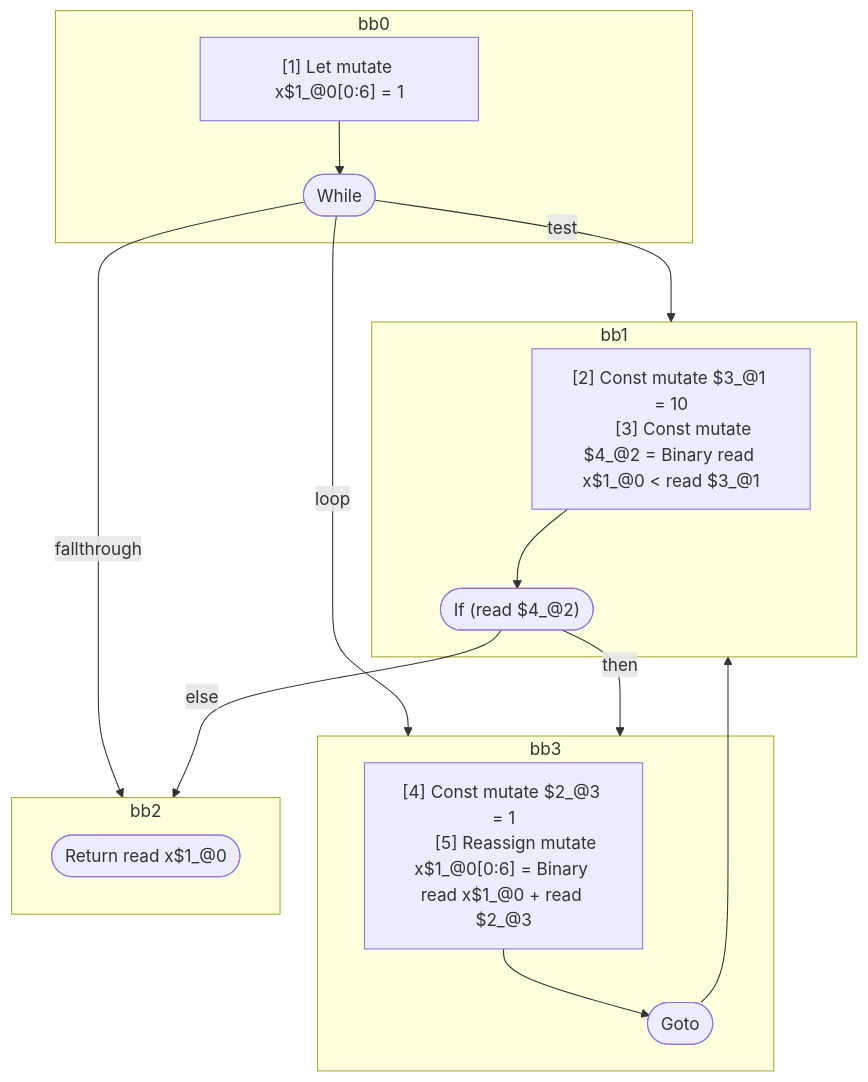
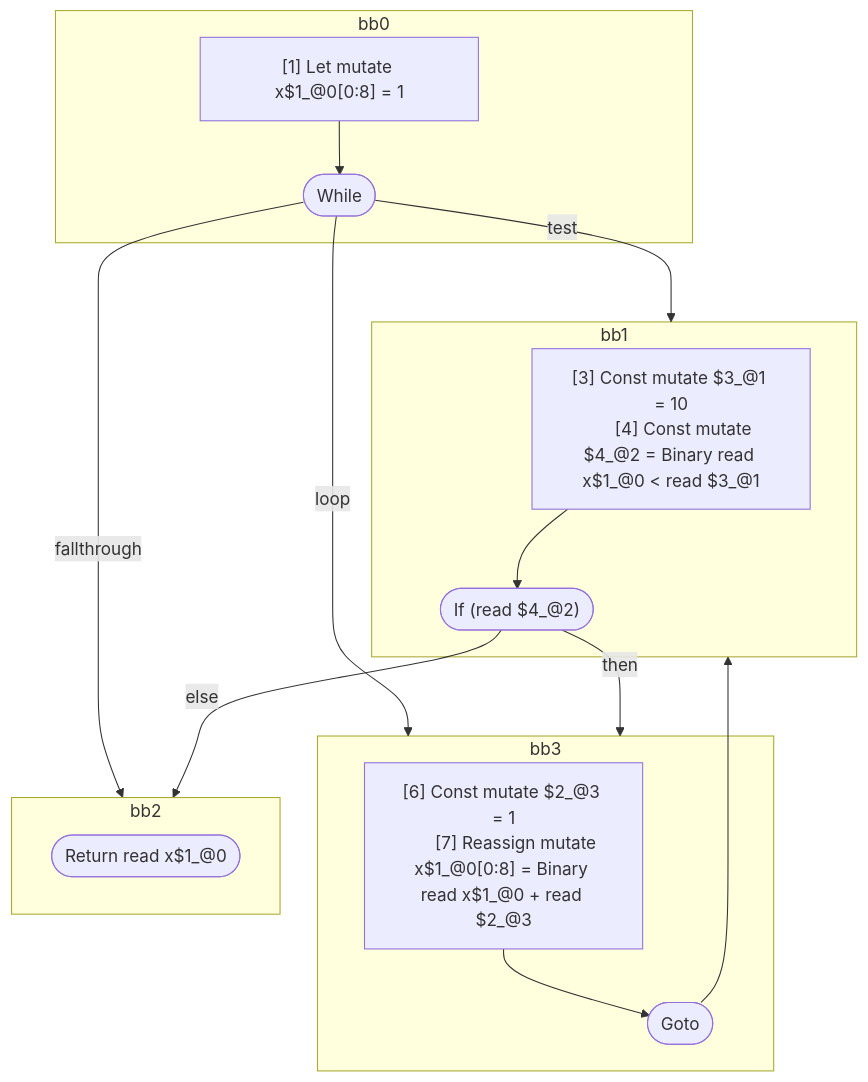
Before and after one commit to wutsmog/private: the diagram in compiler/forget/src/__tests__/fixtures/hir/ssa-while.expect.md, drawn with Mermaid. The commit also changed other lines of this file and 61 other files, not shown here.

````diff
--- a/compiler/forget/src/__tests__/fixtures/hir/ssa-while.expect.md
+++ b/compiler/forget/src/__tests__/fixtures/hir/ssa-while.expect.md
@@ -39,36 +39,36 @@
 ```mermaid
 flowchart TB
   %% Basic Blocks
   subgraph bb0
     bb0_instrs["
-      [1] Let mutate x$1_@0[0:6] = 1
+      [1] Let mutate x$1_@0[0:8] = 1
     "]
     bb0_instrs --> bb0_terminal(["While"])
   end
   subgraph bb1
     bb1_instrs["
-      [2] Const mutate $3_@1 = 10
-      [3] Const mutate $4_@2 = Binary read x$1_@0 < read $3_@1
+      [3] Const mutate $3_@1 = 10
+      [4] Const mutate $4_@2 = Binary read x$1_@0 < read $3_@1
     "]
     bb1_instrs --> bb1_terminal(["If (read $4_@2)"])
   end
   subgraph bb3
     bb3_instrs["
-      [4] Const mutate $2_@3 = 1
-      [5] Reassign mutate x$1_@0[0:6] = Binary read x$1_@0 + read $2_@3
+      [6] Const mutate $2_@3 = 1
+      [7] Reassign mutate x$1_@0[0:8] = Binary read x$1_@0 + read $2_@3
     "]
     bb3_instrs --> bb3_terminal(["Goto"])
   end
   subgraph bb2
     bb2_terminal(["Return read x$1_@0"])
   end
 
   %% Jumps
   bb0_terminal -- "test" --> bb1
   bb0_terminal -- "loop" --> bb3
   bb0_terminal -- "fallthrough" --> bb2
   bb1_terminal -- "then" --> bb3
   bb1_terminal -- "else" --> bb2
   bb3_terminal --> bb1
 
 ```
````
